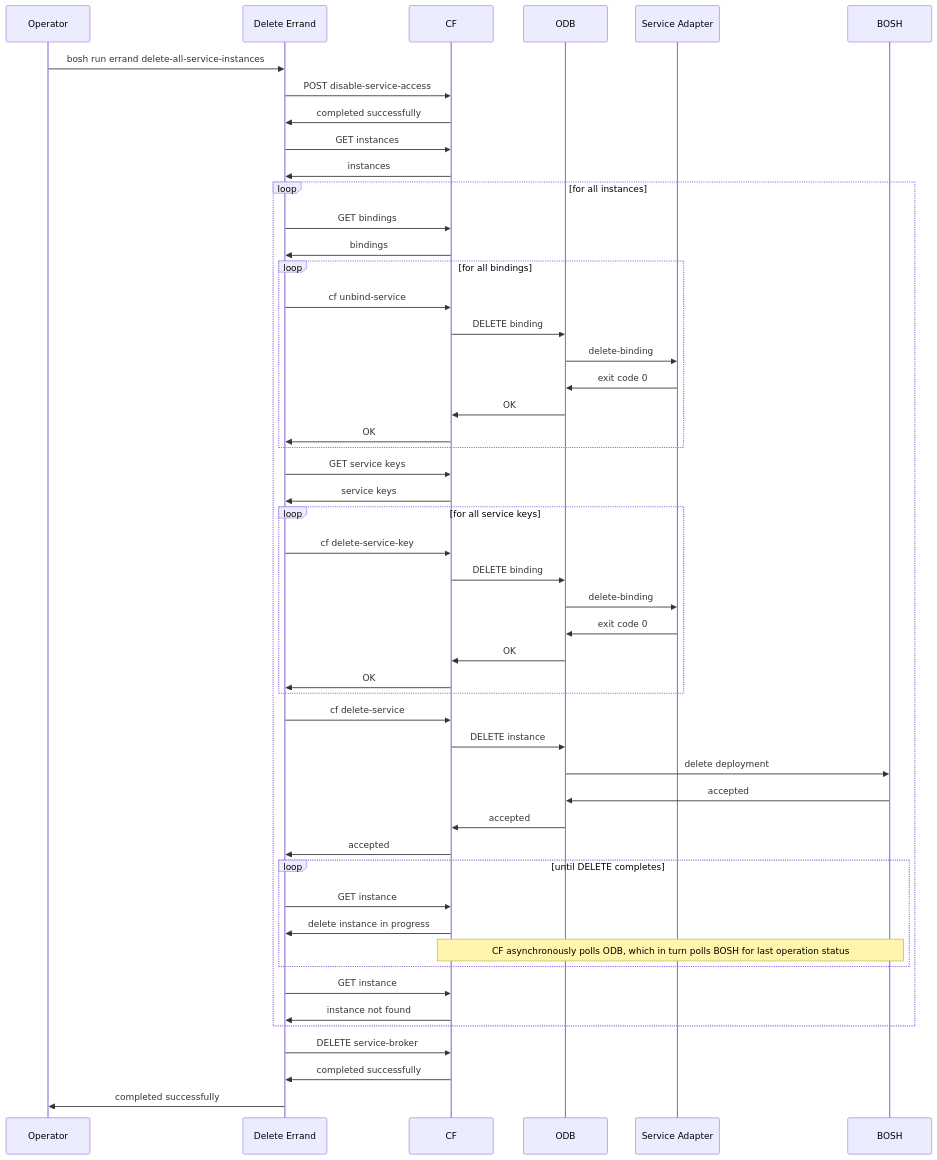
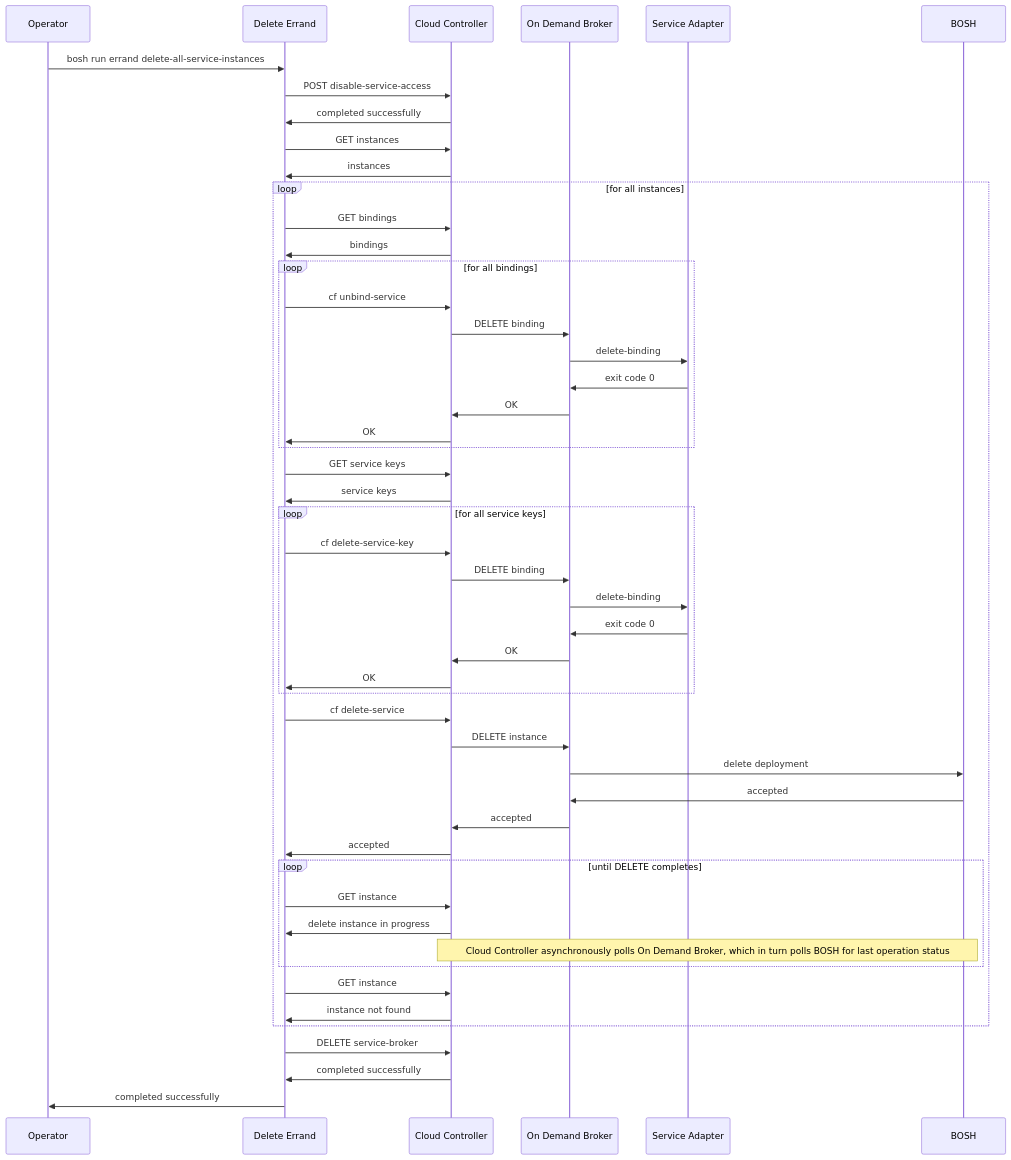
Before and after one commit to pivotal-cf/docs-on-demand-service-broker: the diagram in mmd/delete_all_instances_and_deregister_broker_workflow.mmd, drawn with Mermaid. The commit also changed 3 other files, not shown here.

```diff
--- a/mmd/delete_all_instances_and_deregister_broker_workflow.mmd
+++ b/mmd/delete_all_instances_and_deregister_broker_workflow.mmd
@@ -1,46 +1,46 @@
 <div class="mermaid">
 sequenceDiagram
   Operator->>Delete Errand:bosh run errand delete-all-service-instances
-  Delete Errand->>CF:POST disable-service-access
-  CF->>Delete Errand:completed successfully
-  Delete Errand->>CF:GET instances
-  CF->>Delete Errand:instances
+  Delete Errand->>Cloud Controller:POST disable-service-access
+  Cloud Controller->>Delete Errand:completed successfully
+  Delete Errand->>Cloud Controller:GET instances
+  Cloud Controller->>Delete Errand:instances
   loop for all instances
-    Delete Errand->>CF:GET bindings
-    CF->>Delete Errand:bindings
+    Delete Errand->>Cloud Controller:GET bindings
+    Cloud Controller->>Delete Errand:bindings
     loop for all bindings
-    Delete Errand->>CF:cf unbind-service
-      CF->>ODB: DELETE binding
-      ODB->>Service Adapter:delete-binding
-      Service Adapter->>ODB:exit code 0
-      ODB->>CF:OK
-      CF->>Delete Errand:OK
+    Delete Errand->>Cloud Controller:cf unbind-service
+      Cloud Controller->>On Demand Broker: DELETE binding
+      On Demand Broker->>Service Adapter:delete-binding
+      Service Adapter->>On Demand Broker:exit code 0
+      On Demand Broker->>Cloud Controller:OK
+      Cloud Controller->>Delete Errand:OK
     end
-    Delete Errand->>CF:GET service keys
-    CF->>Delete Errand:service keys
+    Delete Errand->>Cloud Controller:GET service keys
+    Cloud Controller->>Delete Errand:service keys
     loop for all service keys
-    Delete Errand->>CF:cf delete-service-key
-      CF->>ODB: DELETE binding
-      ODB->>Service Adapter:delete-binding
-      Service Adapter->>ODB:exit code 0
-      ODB->>CF:OK
-      CF->>Delete Errand:OK
+    Delete Errand->>Cloud Controller:cf delete-service-key
+      Cloud Controller->>On Demand Broker: DELETE binding
+      On Demand Broker->>Service Adapter:delete-binding
+      Service Adapter->>On Demand Broker:exit code 0
+      On Demand Broker->>Cloud Controller:OK
+      Cloud Controller->>Delete Errand:OK
     end
-    Delete Errand->>CF:cf delete-service
-    CF->>ODB:DELETE instance
-    ODB->>BOSH:delete deployment
-    BOSH->>ODB:accepted
-    ODB->>CF:accepted
-    CF->>Delete Errand:accepted
+    Delete Errand->>Cloud Controller:cf delete-service
+    Cloud Controller->>On Demand Broker:DELETE instance
+    On Demand Broker->>BOSH:delete deployment
+    BOSH->>On Demand Broker:accepted
+    On Demand Broker->>Cloud Controller:accepted
+    Cloud Controller->>Delete Errand:accepted
     loop until DELETE completes
-      Delete Errand->>CF:GET instance
-      CF->>Delete Errand:delete instance in progress
-      Note over CF,BOSH: CF asynchronously polls ODB, which in turn polls BOSH for last operation status
+      Delete Errand->>Cloud Controller:GET instance
+      Cloud Controller->>Delete Errand:delete instance in progress
+      Note over Cloud Controller,BOSH: Cloud Controller asynchronously polls On Demand Broker, which in turn polls BOSH for last operation status
     end
-    Delete Errand->>CF:GET instance
-    CF->>Delete Errand:instance not found
+    Delete Errand->>Cloud Controller:GET instance
+    Cloud Controller->>Delete Errand:instance not found
   end
-  Delete Errand->>CF:DELETE service-broker
-  CF->>Delete Errand:completed successfully
+  Delete Errand->>Cloud Controller:DELETE service-broker
+  Cloud Controller->>Delete Errand:completed successfully
   Delete Errand->>Operator:completed successfully
 </div>
```
